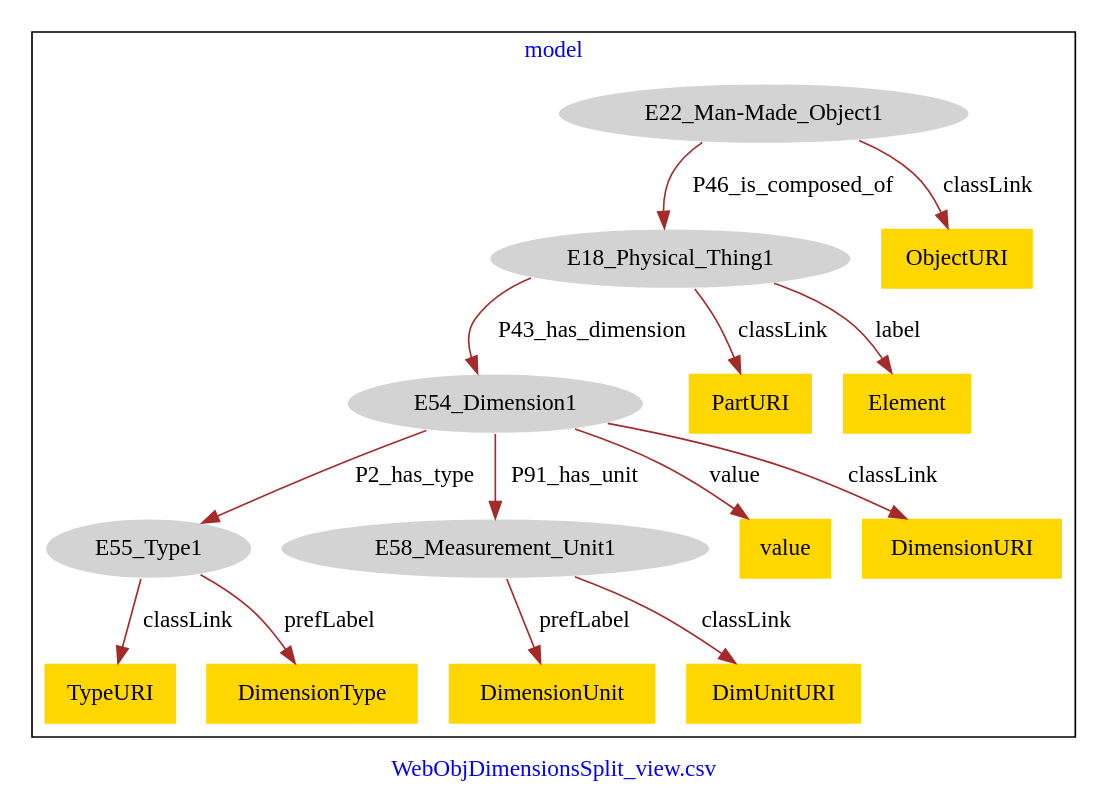
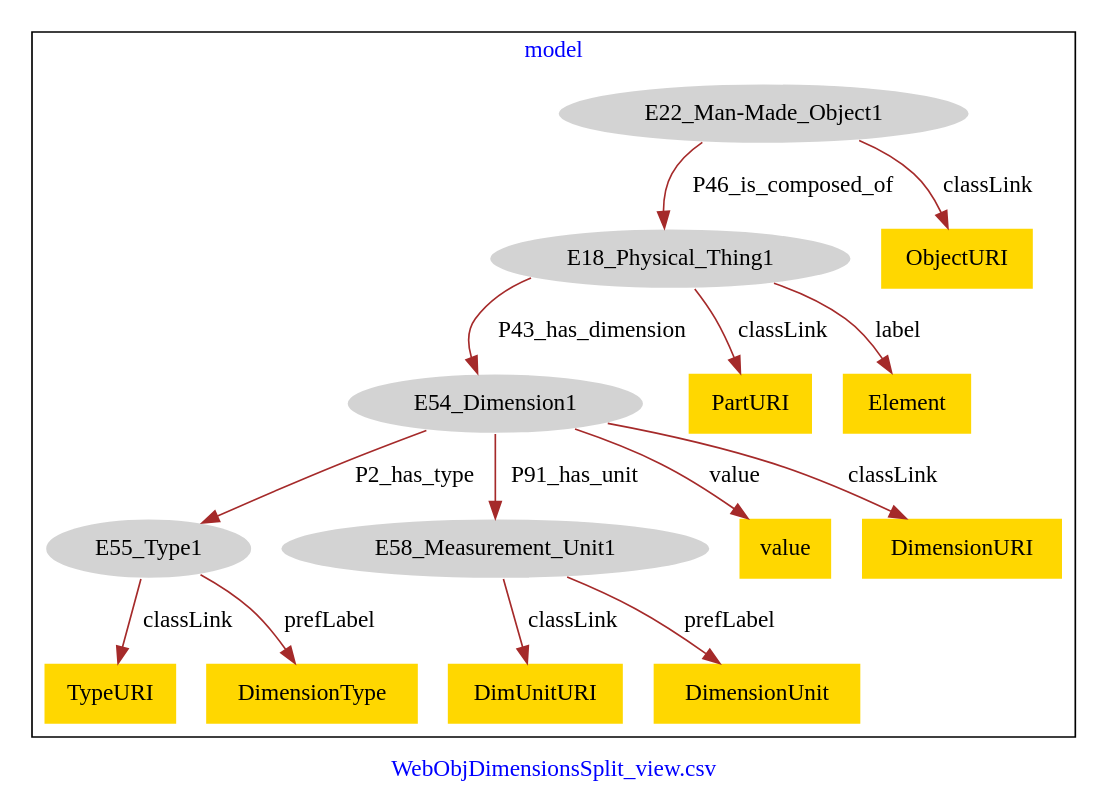
The diagram in WebObjDimensionsSplit_view/WebObjDimensionsSplit_view-model.dot (american-art/SAAM), drawn with Graphviz before and after one commit.

Commit message:
Update file WebObjDimensionsSplit_view-model.dot

```diff
--- a/WebObjDimensionsSplit_view/WebObjDimensionsSplit_view-model.dot
+++ b/WebObjDimensionsSplit_view/WebObjDimensionsSplit_view-model.dot
@@ -1,35 +1,35 @@
 digraph n0 {
 fontcolor="blue"
 remincross="true"
 label="WebObjDimensionsSplit_view.csv"
 subgraph cluster {
 label="model"
 n2[style="filled",color="white",fillcolor="lightgray",label="E18_Physical_Thing1"];
 n3[style="filled",color="white",fillcolor="lightgray",label="E54_Dimension1"];
 n4[style="filled",color="white",fillcolor="lightgray",label="E22_Man-Made_Object1"];
 n5[style="filled",color="white",fillcolor="lightgray",label="E55_Type1"];
 n6[style="filled",color="white",fillcolor="lightgray",label="E58_Measurement_Unit1"];
-n7[shape="plaintext",style="filled",fillcolor="gold",label="DimensionUnit"];
-n8[shape="plaintext",style="filled",fillcolor="gold",label="TypeURI"];
-n9[shape="plaintext",style="filled",fillcolor="gold",label="DimensionType"];
-n10[shape="plaintext",style="filled",fillcolor="gold",label="DimUnitURI"];
-n11[shape="plaintext",style="filled",fillcolor="gold",label="PartURI"];
-n12[shape="plaintext",style="filled",fillcolor="gold",label="value"];
+n7[shape="plaintext",style="filled",fillcolor="gold",label="PartURI"];
+n8[shape="plaintext",style="filled",fillcolor="gold",label="DimUnitURI"];
+n9[shape="plaintext",style="filled",fillcolor="gold",label="value"];
+n10[shape="plaintext",style="filled",fillcolor="gold",label="ObjectURI"];
+n11[shape="plaintext",style="filled",fillcolor="gold",label="TypeURI"];
+n12[shape="plaintext",style="filled",fillcolor="gold",label="DimensionType"];
 n13[shape="plaintext",style="filled",fillcolor="gold",label="Element"];
-n14[shape="plaintext",style="filled",fillcolor="gold",label="ObjectURI"];
-n15[shape="plaintext",style="filled",fillcolor="gold",label="DimensionURI"];
+n14[shape="plaintext",style="filled",fillcolor="gold",label="DimensionURI"];
+n15[shape="plaintext",style="filled",fillcolor="gold",label="DimensionUnit"];
 }
 n2 -> n3[color="brown",fontcolor="black",label="P43_has_dimension"]
 n4 -> n2[color="brown",fontcolor="black",label="P46_is_composed_of"]
 n3 -> n5[color="brown",fontcolor="black",label="P2_has_type"]
 n3 -> n6[color="brown",fontcolor="black",label="P91_has_unit"]
-n6 -> n7[color="brown",fontcolor="black",label="prefLabel"]
-n5 -> n8[color="brown",fontcolor="black",label="classLink"]
-n5 -> n9[color="brown",fontcolor="black",label="prefLabel"]
-n6 -> n10[color="brown",fontcolor="black",label="classLink"]
-n2 -> n11[color="brown",fontcolor="black",label="classLink"]
-n3 -> n12[color="brown",fontcolor="black",label="value"]
+n2 -> n7[color="brown",fontcolor="black",label="classLink"]
+n6 -> n8[color="brown",fontcolor="black",label="classLink"]
+n3 -> n9[color="brown",fontcolor="black",label="value"]
+n4 -> n10[color="brown",fontcolor="black",label="classLink"]
+n5 -> n11[color="brown",fontcolor="black",label="classLink"]
+n5 -> n12[color="brown",fontcolor="black",label="prefLabel"]
 n2 -> n13[color="brown",fontcolor="black",label="label"]
-n4 -> n14[color="brown",fontcolor="black",label="classLink"]
-n3 -> n15[color="brown",fontcolor="black",label="classLink"]
+n3 -> n14[color="brown",fontcolor="black",label="classLink"]
+n6 -> n15[color="brown",fontcolor="black",label="prefLabel"]
 }
```
